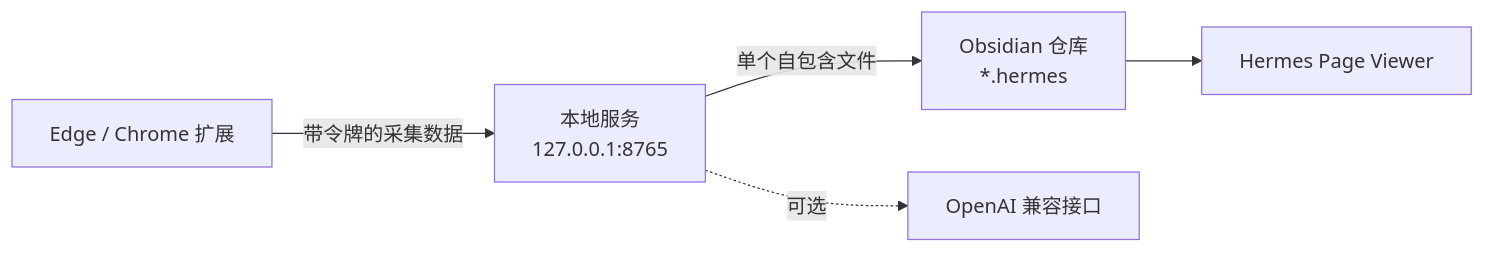
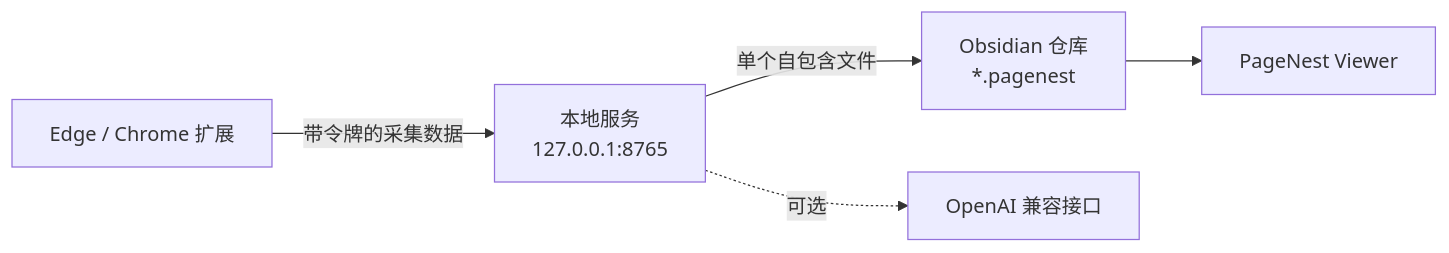
One commit to WYuHuai/PageNest changed the diagram in README.zh-CN.md. Above: the diagram before and after it, drawn with Mermaid. The commit also changed other lines of this file and 14 other files, not shown here.

Commit message:
docs: document PageNest installer workflow

````diff
--- a/README.zh-CN.md
+++ b/README.zh-CN.md
@@ -29,7 +29,7 @@
 ```mermaid
 flowchart LR
     E["Edge / Chrome 扩展"] -->|"带令牌的采集数据"| S["本地服务<br/>127.0.0.1:8765"]
-    S -->|"单个自包含文件"| V["Obsidian 仓库<br/>*.hermes"]
-    V --> P["Hermes Page Viewer"]
+    S -->|"单个自包含文件"| V["Obsidian 仓库<br/>*.pagenest"]
+    V --> P["PageNest Viewer"]
     S -. "可选" .-> A["OpenAI 兼容接口"]
 ```
````
